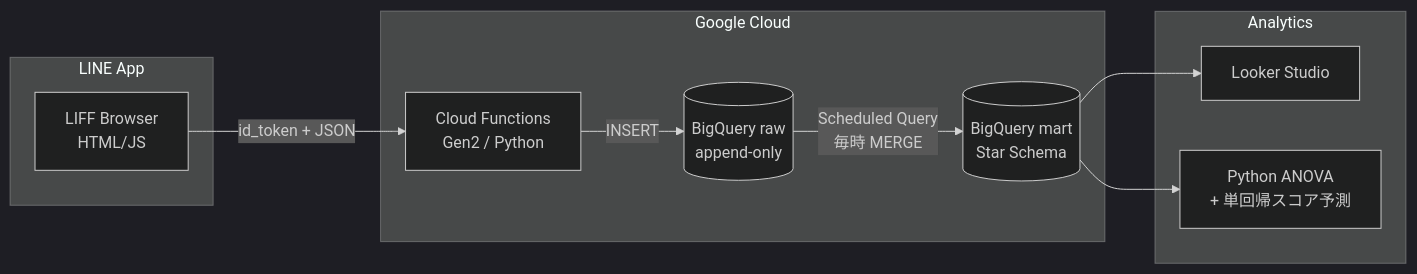
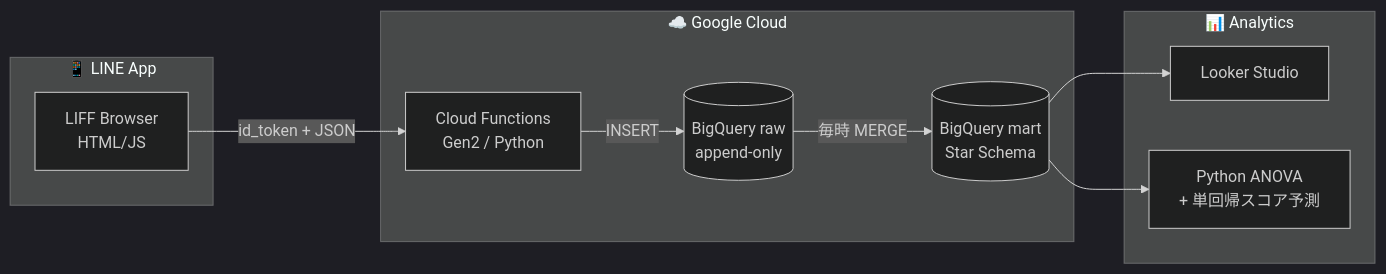
Before and after one commit to kou-sato-ds/stat-learning-data-pipeline: the diagram in README.md, drawn with Mermaid (dark theme). The commit also changed other lines of this file and 17 other files, not shown here.

````diff
--- a/README.md
+++ b/README.md
@@ -34,20 +43,20 @@
 ```mermaid
 flowchart LR
-  subgraph Client[LINE App]
+  subgraph Client[📱 LINE App]
     A[LIFF Browser<br/>HTML/JS]
   end
-  subgraph Backend[Google Cloud]
+  subgraph Backend[☁️ Google Cloud]
     B[Cloud Functions<br/>Gen2 / Python]
     C[(BigQuery raw<br/>append-only)]
     D[(BigQuery mart<br/>Star Schema)]
   end
-  subgraph Analytics
+  subgraph Analytics[📊 Analytics]
     E[Looker Studio]
     F[Python ANOVA<br/>+ 単回帰スコア予測]
   end
   A -- id_token + JSON --> B
   B -- INSERT --> C
-  C -- Scheduled Query<br/>毎時 MERGE --> D
+  C -- 毎時 MERGE --> D
   D --> E
   D --> F
 ```
````
